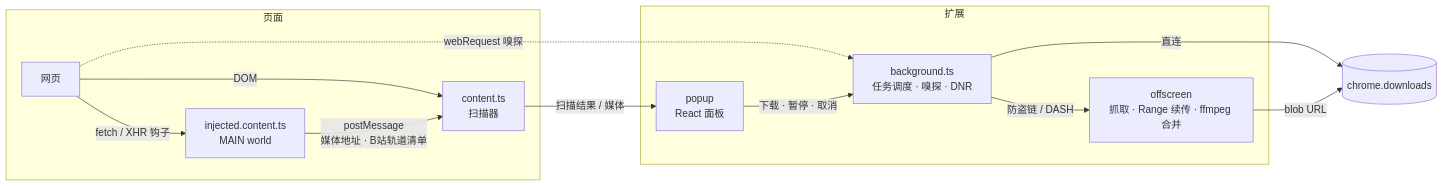
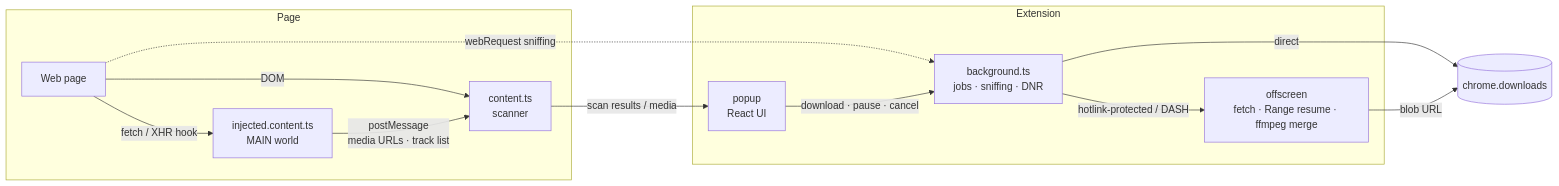
The diagram in README.md (ssssssanjiu/gleaner), drawn with Mermaid before and after one commit. The commit also changed other lines of this file and 15 other files, not shown here.

````diff
--- a/README.md
+++ b/README.md
@@ -65,19 +71,19 @@
 ```mermaid
 flowchart LR
-  subgraph 页面
-    P[网页] -->|fetch / XHR 钩子| H[injected.content.ts<br/>MAIN world]
-    P -->|DOM| C[content.ts<br/>扫描器]
-    H -->|postMessage<br/>媒体地址 · B站轨道清单| C
+  subgraph Page
+    P[Web page] -->|fetch / XHR hook| H[injected.content.ts<br/>MAIN world]
+    P -->|DOM| C[content.ts<br/>scanner]
+    H -->|postMessage<br/>media URLs · track list| C
   end
-  subgraph 扩展
-    W[background.ts<br/>任务调度 · 嗅探 · DNR] 
-    O[offscreen<br/>抓取 · Range 续传 · ffmpeg 合并]
-    U[popup<br/>React 面板]
+  subgraph Extension
+    W[background.ts<br/>jobs · sniffing · DNR]
+    O[offscreen<br/>fetch · Range resume · ffmpeg merge]
+    U[popup<br/>React UI]
   end
-  P -.->|webRequest 嗅探| W
-  C -->|扫描结果 / 媒体| U
-  U -->|下载 · 暂停 · 取消| W
-  W -->|直连| D[(chrome.downloads)]
-  W -->|防盗链 / DASH| O
+  P -.->|webRequest sniffing| W
+  C -->|scan results / media| U
+  U -->|download · pause · cancel| W
+  W -->|direct| D[(chrome.downloads)]
+  W -->|hotlink-protected / DASH| O
   O -->|blob URL| D
 ```
````
